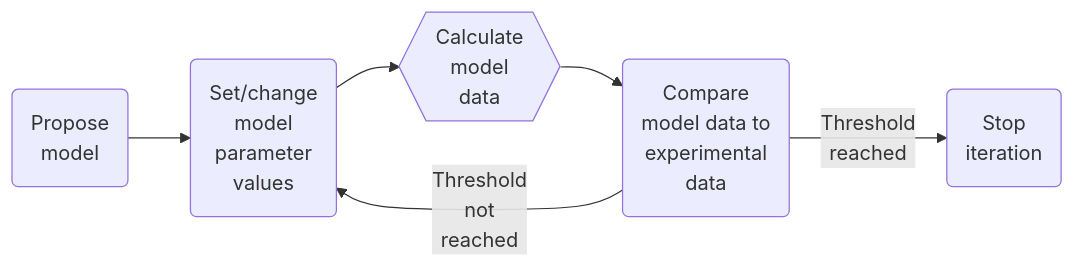
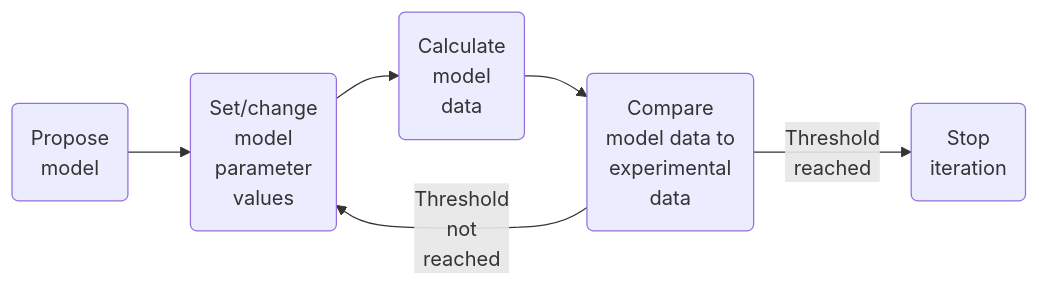
One commit to EasyScience/EasyDiffractionLibDocs changed the diagram in docs/analysis.md. Above: the diagram before and after it, drawn with Mermaid.

Commit message:
Fix analysis page

````diff
--- a/docs/analysis.md
+++ b/docs/analysis.md
@@ -15,13 +15,13 @@
 ```mermaid
 flowchart LR
     a(Propose<br/>model)
     b(Set/change<br/>model<br/>parameter<br/>values)
-    c{{Calculate<br/>model<br/>data}}
+    c(Calculate<br/>model<br/>data)
     d(Compare<br/>model data to<br/>experimental<br/>data)
     e(Stop<br/>iteration)
     a --> b
     b --> c
     c --> d
     d-- Threshold<br/>not<br/>reached -->b
     d-- Threshold<br/>reached -->e
 ```
````
